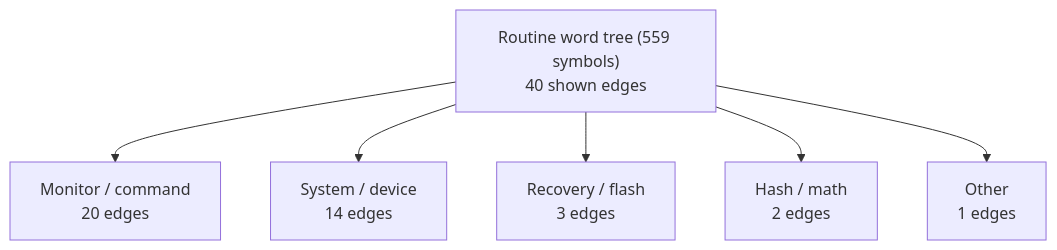
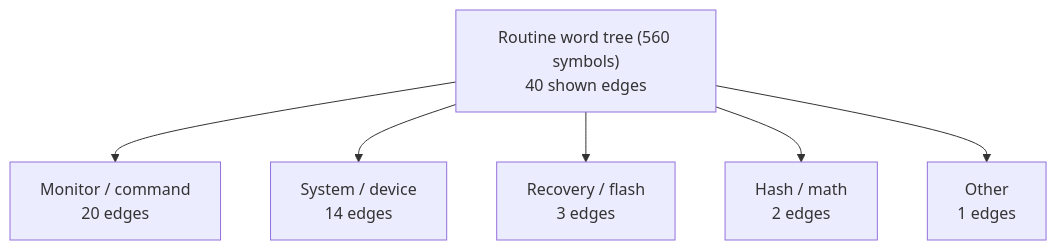
One commit to 95westus/R-YORS changed the first of 8 diagrams in DOC/GENERATED/ROUTINE_WORD_TREE.md. Above: the diagram before and after it, drawn with Mermaid. The commit also changed other lines of this file and 33 other files, not shown here.

````diff
--- a/DOC/GENERATED/ROUTINE_WORD_TREE.md
+++ b/DOC/GENERATED/ROUTINE_WORD_TREE.md
@@ -16,8 +16,8 @@
 ```mermaid
 flowchart TD
-    MAP_ROOT_ROUTINE_WORD_TREE__559_SYMBOLS_["Routine word tree (559 symbols)<br/>40 shown edges"] --> MAP_FAMILY_MONITOR___COMMAND["Monitor / command<br/>20 edges"]
-    MAP_ROOT_ROUTINE_WORD_TREE__559_SYMBOLS_["Routine word tree (559 symbols)<br/>40 shown edges"] --> MAP_FAMILY_SYSTEM___DEVICE["System / device<br/>14 edges"]
-    MAP_ROOT_ROUTINE_WORD_TREE__559_SYMBOLS_["Routine word tree (559 symbols)<br/>40 shown edges"] --> MAP_FAMILY_RECOVERY___FLASH["Recovery / flash<br/>3 edges"]
-    MAP_ROOT_ROUTINE_WORD_TREE__559_SYMBOLS_["Routine word tree (559 symbols)<br/>40 shown edges"] --> MAP_FAMILY_HASH___MATH["Hash / math<br/>2 edges"]
-    MAP_ROOT_ROUTINE_WORD_TREE__559_SYMBOLS_["Routine word tree (559 symbols)<br/>40 shown edges"] --> MAP_FAMILY_OTHER["Other<br/>1 edges"]
+    MAP_ROOT_ROUTINE_WORD_TREE__560_SYMBOLS_["Routine word tree (560 symbols)<br/>40 shown edges"] --> MAP_FAMILY_MONITOR___COMMAND["Monitor / command<br/>20 edges"]
+    MAP_ROOT_ROUTINE_WORD_TREE__560_SYMBOLS_["Routine word tree (560 symbols)<br/>40 shown edges"] --> MAP_FAMILY_SYSTEM___DEVICE["System / device<br/>14 edges"]
+    MAP_ROOT_ROUTINE_WORD_TREE__560_SYMBOLS_["Routine word tree (560 symbols)<br/>40 shown edges"] --> MAP_FAMILY_RECOVERY___FLASH["Recovery / flash<br/>3 edges"]
+    MAP_ROOT_ROUTINE_WORD_TREE__560_SYMBOLS_["Routine word tree (560 symbols)<br/>40 shown edges"] --> MAP_FAMILY_HASH___MATH["Hash / math<br/>2 edges"]
+    MAP_ROOT_ROUTINE_WORD_TREE__560_SYMBOLS_["Routine word tree (560 symbols)<br/>40 shown edges"] --> MAP_FAMILY_OTHER["Other<br/>1 edges"]
 ```
````
